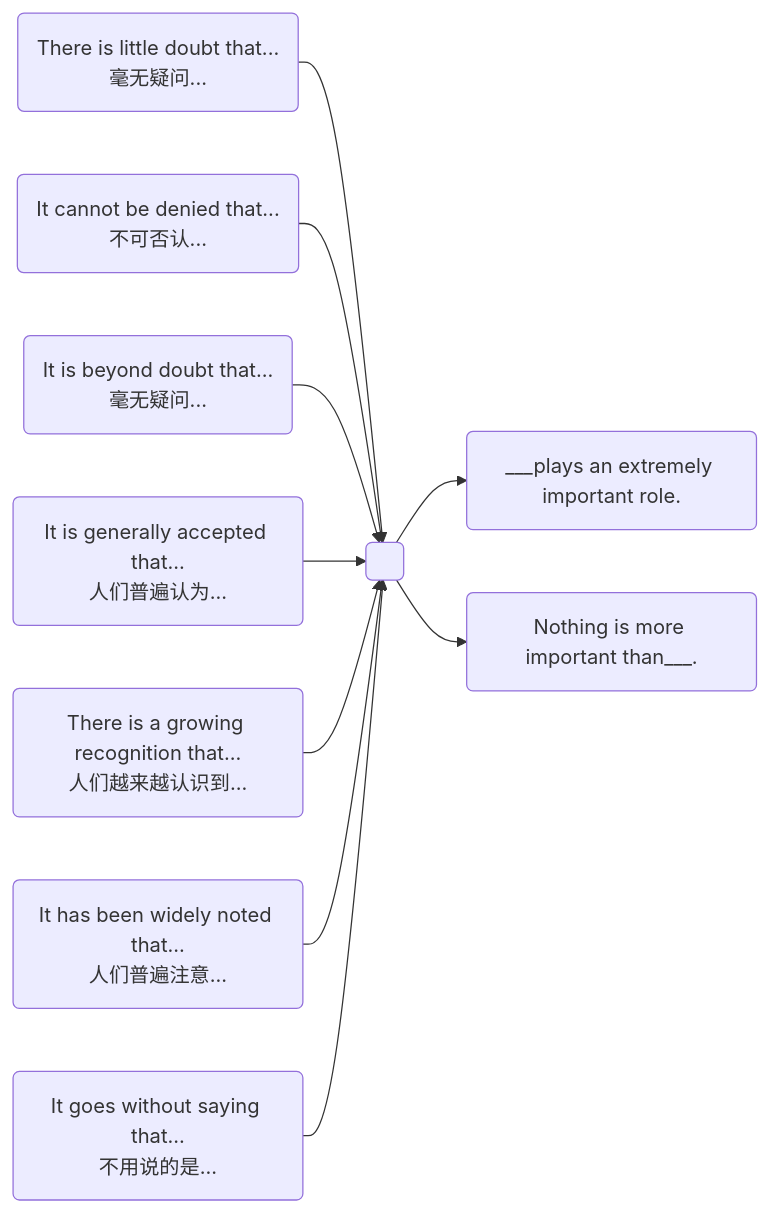
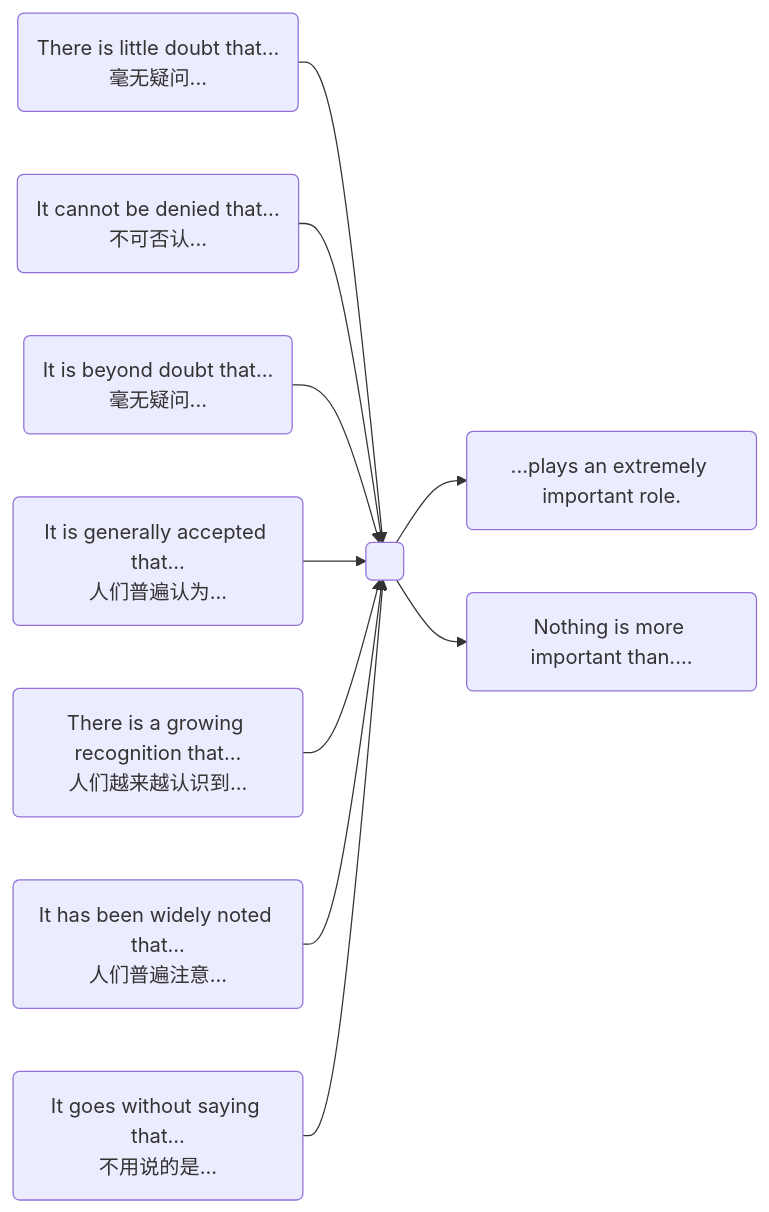
The first of 6 diagrams in 六级.md (simoonp/little-project), drawn with Mermaid before and after one commit. The commit also changed other lines of this file, not shown here.

````diff
--- a/六级.md
+++ b/六级.md
@@ -31,12 +31,12 @@
 ```mermaid
 graph LR;
 A1(There is little doubt that...<br>毫无疑问...)-->B( )
 A2(It cannot be denied that...<br>不可否认...)-->B
 A3(It is beyond doubt that...<br>毫无疑问...)-->B
 A4(It is generally accepted that...<br>人们普遍认为...)-->B
 A5(There is a growing recognition that...<br>人们越来越认识到...)-->B
 A6(It has been widely noted that...<br>人们普遍注意...)-->B
 A7(It goes without saying that...<br>不用说的是...)-->B
-B-->C1(___plays an extremely important role.)
-B-->C2(Nothing is more important than___.)
+B-->C1(...plays an extremely important role.)
+B-->C2(Nothing is more important than....)
 ```
````
